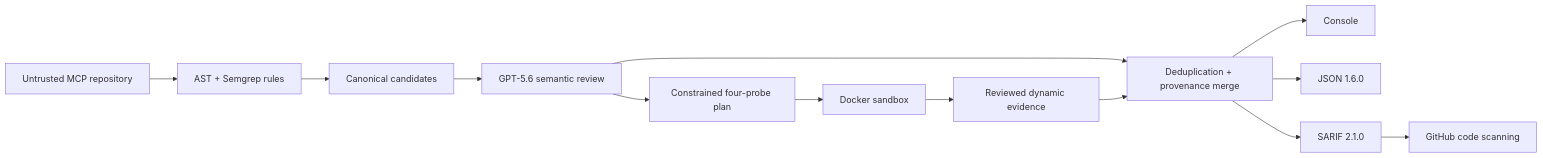
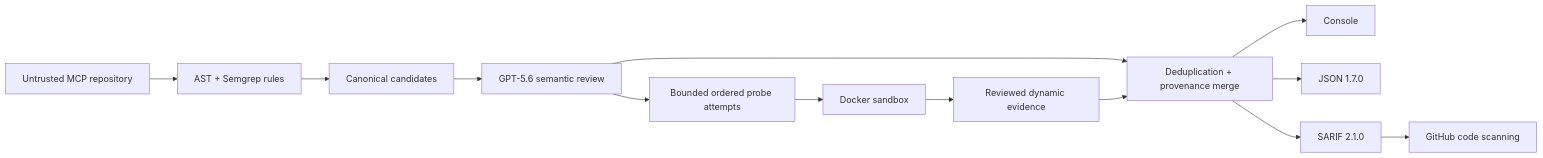
One commit to BashaarJavaid/MCP-Sentinel changed the diagram in README.md. Above: the diagram before and after it, drawn with Mermaid. The commit also changed other lines of this file and 9 other files, not shown here.

````diff
--- a/README.md
+++ b/README.md
@@ -167,15 +171,15 @@
 ```mermaid
 flowchart LR
     A[Untrusted MCP repository] --> B[AST + Semgrep rules]
     B --> C[Canonical candidates]
     C --> D[GPT-5.6 semantic review]
-    D --> E[Constrained four-probe plan]
+    D --> E[Bounded ordered probe attempts]
     E --> F[Docker sandbox]
     F --> G[Reviewed dynamic evidence]
     D --> H[Deduplication + provenance merge]
     G --> H
     H --> I[Console]
-    H --> J[JSON 1.6.0]
+    H --> J[JSON 1.7.0]
     H --> K[SARIF 2.1.0]
     K --> L[GitHub code scanning]
 ```
````
